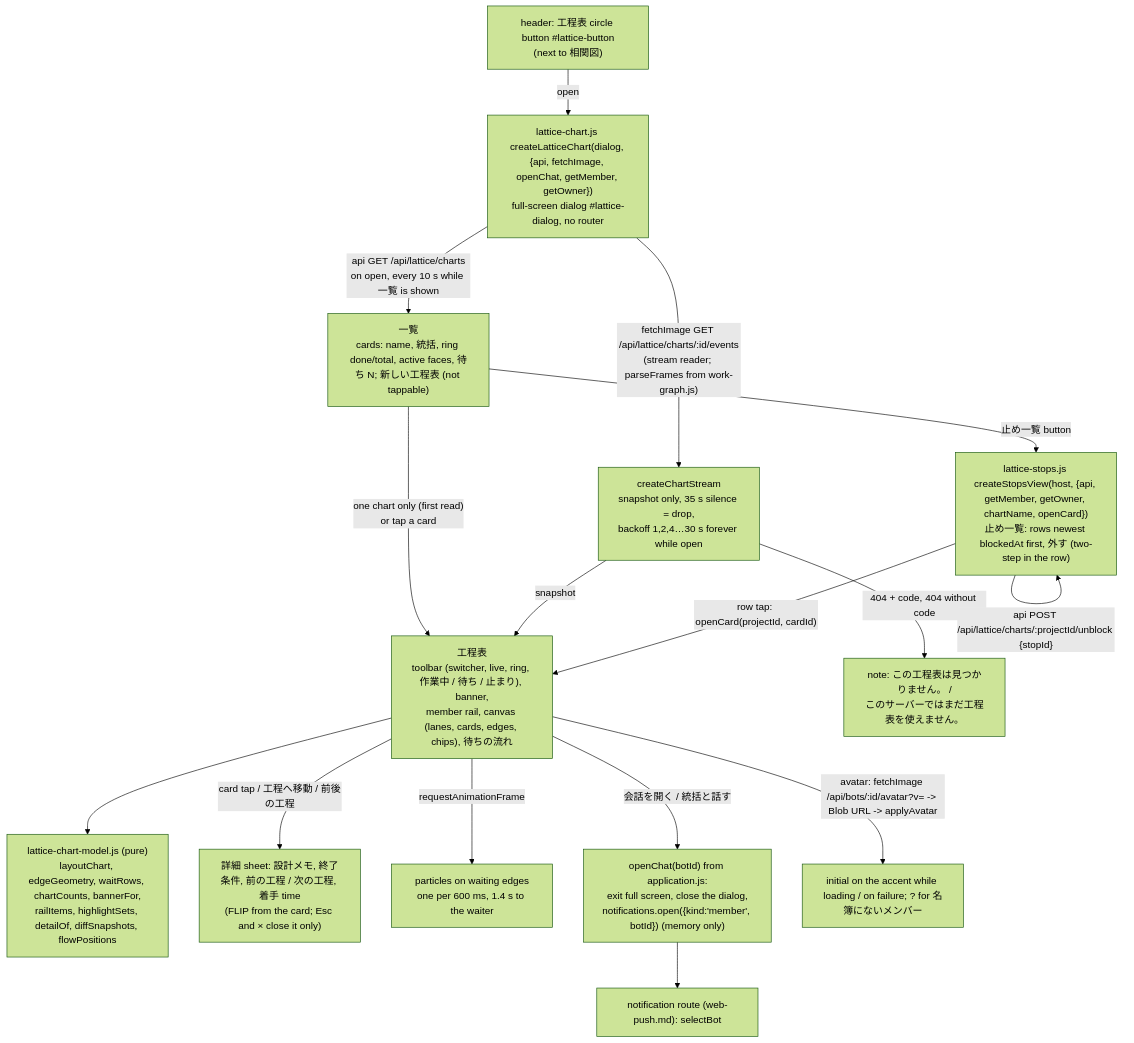
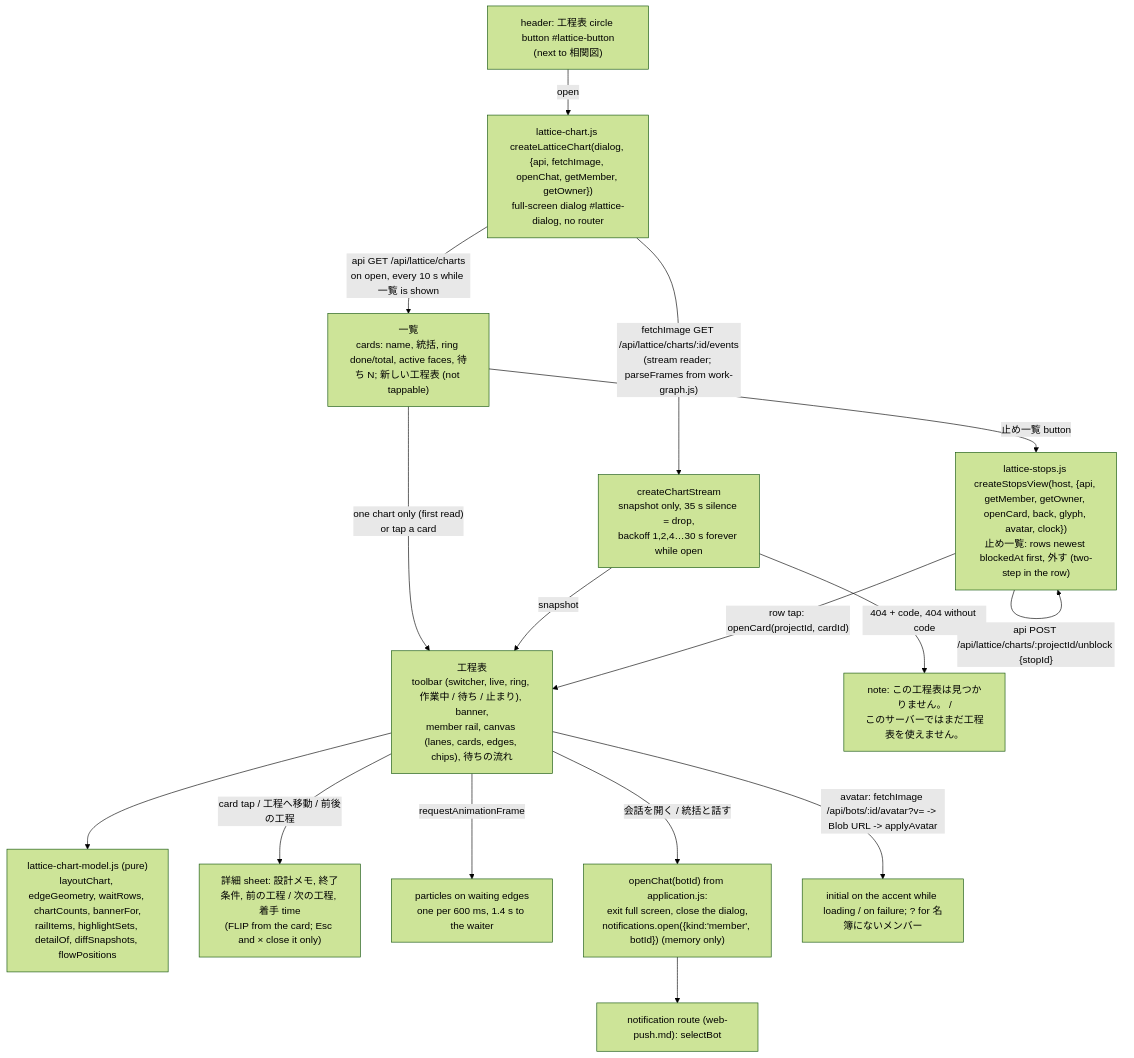
Before and after one commit to kitepon/BellTeam: the diagram in docs/architecture/modules/web/lattice-chart.md, drawn with Mermaid (forest theme). The commit also changed other lines of this file, not shown here.

Commit message:
docs(web): createStopsView signature and 一覧 entry match the implementation

````diff
--- a/docs/architecture/modules/web/lattice-chart.md
+++ b/docs/architecture/modules/web/lattice-chart.md
@@ -7,19 +7,19 @@
 ```mermaid
 flowchart TD
   Nav["header: 工程表 circle button #lattice-button<br/>(next to 相関図)"] -->|open| View["lattice-chart.js createLatticeChart(dialog, {api, fetchImage, openChat, getMember, getOwner})<br/>full-screen dialog #lattice-dialog, no router"]
   View -->|"api GET /api/lattice/charts<br/>on open, every 10 s while 一覧 is shown"| List["一覧<br/>cards: name, 統括, ring done/total, active faces, 待ち N; 新しい工程表 (not tappable)"]
   List -->|"one chart only (first read)<br/>or tap a card"| Chart
   View -->|"fetchImage GET /api/lattice/charts/:id/events<br/>(stream reader; parseFrames from work-graph.js)"| Stream["createChartStream<br/>snapshot only, 35 s silence = drop,<br/>backoff 1,2,4…30 s forever while open"]
   Stream -->|snapshot| Chart["工程表<br/>toolbar (switcher, live, ring, 作業中 / 待ち / 止まり), banner,<br/>member rail, canvas (lanes, cards, edges, chips), 待ちの流れ"]
   Stream -->|"404 + code, 404 without code"| Notes["note: この工程表は見つかりません。 /<br/>このサーバーではまだ工程表を使えません。"]
   Chart --> Model["lattice-chart-model.js (pure)<br/>layoutChart, edgeGeometry, waitRows, chartCounts, bannerFor,<br/>railItems, highlightSets, detailOf, diffSnapshots, flowPositions"]
   Chart -->|"card tap / 工程へ移動 / 前後の工程"| Detail["詳細 sheet: 設計メモ, 終了条件, 前の工程 / 次の工程, 着手 time<br/>(FLIP from the card; Esc and × close it only)"]
-  List -->|"止め一覧 button"| Stops["lattice-stops.js createStopsView(host, {api, getMember, getOwner, chartName, openCard})<br/>止め一覧: rows newest blockedAt first, 外す (two-step in the row)"]
+  List -->|"止め一覧 button"| Stops["lattice-stops.js createStopsView(host, {api, getMember, getOwner, openCard, back, glyph, avatar, clock})<br/>止め一覧: rows newest blockedAt first, 外す (two-step in the row)"]
   Stops -->|"api GET /api/lattice/blockers<br/>open, 読み直す, after every 外す answer, visibilitychange visible"| Stops
   Stops -->|"api POST /api/lattice/charts/:projectId/unblock {stopId}"| Stops
   Stops -->|"row tap: openCard(projectId, cardId)"| Chart
   Chart -->|requestAnimationFrame| Flow["particles on waiting edges<br/>one per 600 ms, 1.4 s to the waiter"]
   Chart -->|"会話を開く / 統括と話す"| Open["openChat(botId) from application.js:<br/>exit full screen, close the dialog,<br/>notifications.open({kind:'member', botId}) (memory only)"]
   Open --> Route["notification route (web-push.md): selectBot"]
   Chart -->|"avatar: fetchImage /api/bots/:id/avatar?v= -> Blob URL -> applyAvatar"| Faces["initial on the accent while loading / on failure; ? for 名簿にないメンバー"]
 ```
````
